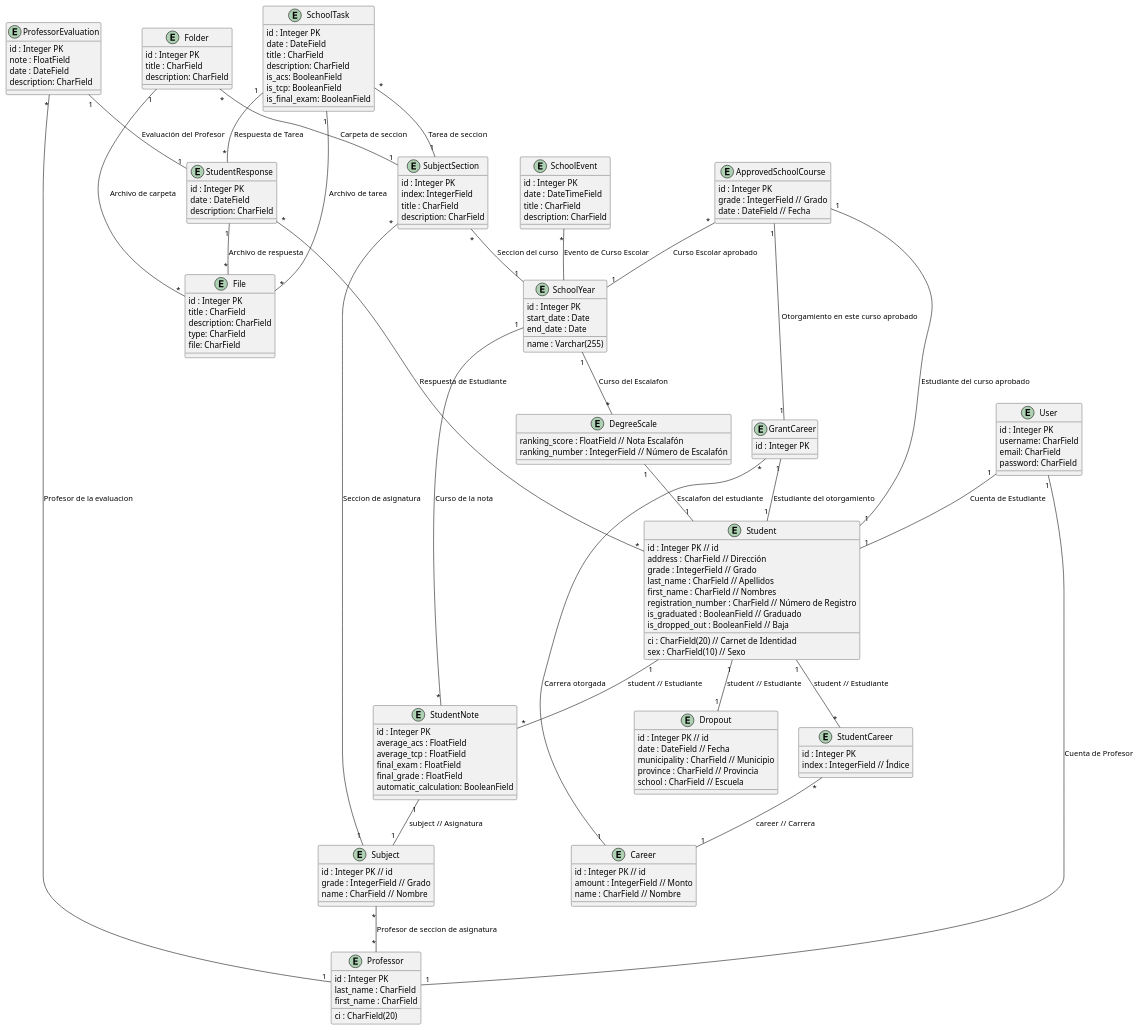
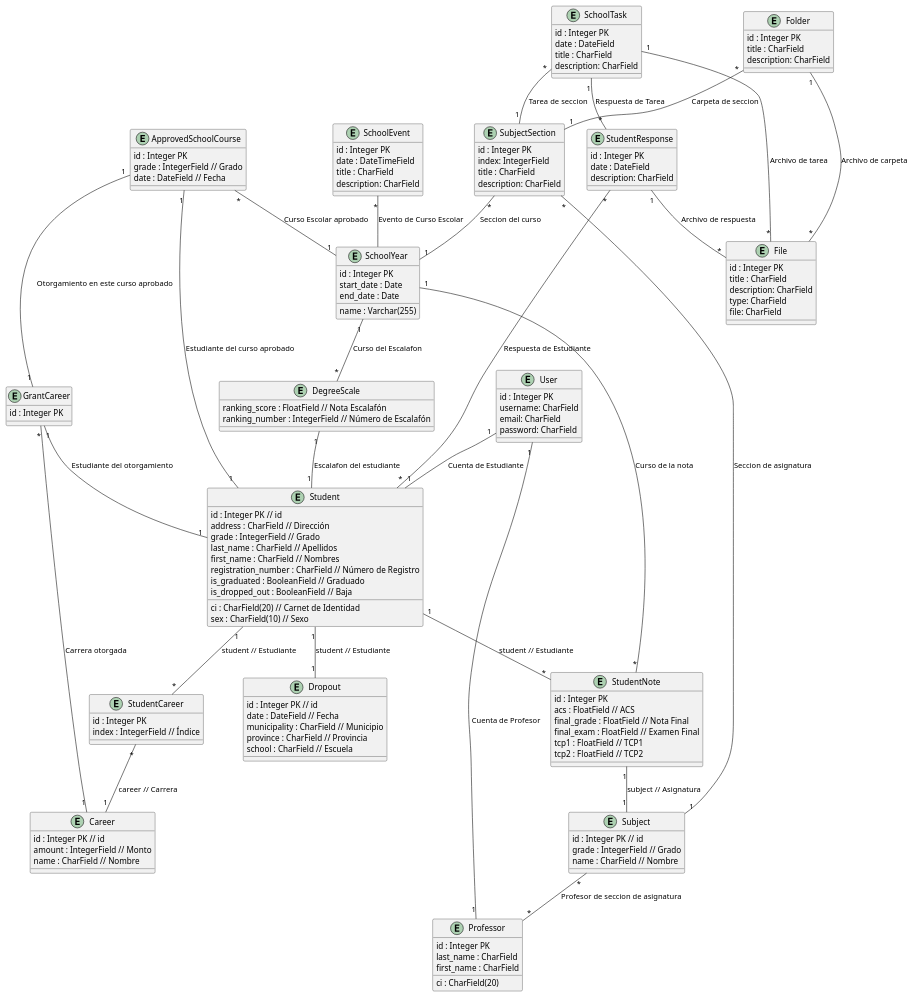
Before and after one commit to critBus/notas_estudiantes_back_drf: the diagram in docs/diagrams/src/architecture_overview.wsd, drawn with PlantUML. The commit also changed 6 other files, not shown here.

```diff
--- a/docs/diagrams/src/architecture_overview.wsd
+++ b/docs/diagrams/src/architecture_overview.wsd
@@ -1,182 +1,173 @@
 @startuml
 
 entity Student {
     id : Integer PK // id
     ci : CharField(20) // Carnet de Identidad
     address : CharField // Dirección
     grade : IntegerField // Grado
     last_name : CharField // Apellidos
     first_name : CharField // Nombres
     registration_number : CharField // Número de Registro
     sex : CharField(10) // Sexo
     is_graduated : BooleanField // Graduado
     is_dropped_out : BooleanField // Baja
 }
 
 entity Dropout {
     id : Integer PK // id
     date : DateField // Fecha
     municipality : CharField // Municipio
     province : CharField // Provincia
     school : CharField // Escuela
 }
 
 entity Career {
     id : Integer PK // id
     amount : IntegerField // Monto
     name : CharField // Nombre
 }
 
 
 entity Subject {
     id : Integer PK // id
     grade : IntegerField // Grado
     name : CharField // Nombre
 }
 
 entity SchoolYear {
     id : Integer PK
     start_date : Date
     end_date : Date
     name : Varchar(255)
 }
 
+
 entity StudentNote {
     id : Integer PK
-    average_acs : FloatField
-    average_tcp : FloatField
-    final_exam : FloatField
-    final_grade : FloatField
-    automatic_calculation: BooleanField
+    acs : FloatField // ACS
+    final_grade : FloatField // Nota Final
+    final_exam : FloatField // Examen Final
+    tcp1 : FloatField // TCP1
+    tcp2 : FloatField // TCP2
 }
 
 
 
 entity StudentCareer {
     id : Integer PK
     index : IntegerField // Índice
 }
 
 entity DegreeScale {
     ranking_score : FloatField // Nota Escalafón
     ranking_number : IntegerField // Número de Escalafón
 }
 entity GrantCareer{
     id : Integer PK
 }
 
 entity ApprovedSchoolCourse{
     id : Integer PK
     grade : IntegerField // Grado
     date : DateField // Fecha
 }
 
 entity SubjectSection{
     id : Integer PK
     index: IntegerField
     title : CharField
     description: CharField
 }
 entity Folder{
     id : Integer PK
     title : CharField
     description: CharField
 }
 entity File{
     id : Integer PK
     title : CharField
     description: CharField
     type: CharField
     file: CharField
 }
 entity Professor {
     id : Integer PK
     ci : CharField(20)
     last_name : CharField
     first_name : CharField
 }
 
 entity SchoolTask{
     id : Integer PK
     date : DateField
     title : CharField
     description: CharField
-    is_acs: BooleanField
-    is_tcp: BooleanField
-    is_final_exam: BooleanField
-
 }
 entity StudentResponse{
     id : Integer PK
     date : DateField
     description: CharField
 }
 
-entity ProfessorEvaluation{
-    id : Integer PK
-    note : FloatField
-    date : DateField
-    description: CharField
-}
+
 
 entity SchoolEvent {
     id : Integer PK
     date : DateTimeField
     title : CharField
     description: CharField
 }
 
 entity User{
     id : Integer PK
     username: CharField
     email: CharField
     password: CharField
 }
 
 User "1" -- "1" Professor : Cuenta de Profesor
 User "1" -- "1" Student : Cuenta de Estudiante
 
 
-ProfessorEvaluation "1" -- "1" StudentResponse : Evaluación del Profesor  
-ProfessorEvaluation "*" -- "1" Professor : Profesor de la evaluacion
+
 
 SchoolEvent "*" -- SchoolYear : Evento de Curso Escolar
 
 SubjectSection "*" -- "1" SchoolYear : Seccion del curso
 SubjectSection "*" -- "1" Subject : Seccion de asignatura
 SchoolTask "*" -- "1" SubjectSection : Tarea de seccion
 
 Folder "*" -- "1" SubjectSection : Carpeta de seccion
 Folder "1" -- "*" File : Archivo de carpeta
 
 SchoolTask "1" -- "*" File : Archivo de tarea
 SchoolTask "1" -- "*" StudentResponse : Respuesta de Tarea
 
 StudentResponse "1" -- "*" File : Archivo de respuesta
 StudentResponse "*" -- "*" Student : Respuesta de Estudiante
 
 Subject "*" -- "*" Professor : Profesor de seccion de asignatura
 
 ApprovedSchoolCourse "1" -- "1" Student : Estudiante del curso aprobado
 ApprovedSchoolCourse "*" -- "1" SchoolYear : Curso Escolar aprobado
 ApprovedSchoolCourse "1" -- "1" GrantCareer : Otorgamiento en este curso aprobado
 
 GrantCareer "1" -- "1" Student : Estudiante del otorgamiento
 GrantCareer "*" -- "1" Career : Carrera otorgada
 
 
 SchoolYear "1" -- "*" DegreeScale :  Curso del Escalafon
 SchoolYear "1" -- "*" StudentNote : Curso de la nota
 
 DegreeScale "1" -- "1" Student : Escalafon del estudiante
 
 Student "1" -- "1" Dropout : student // Estudiante
 Student "1" -- "*" StudentNote : student // Estudiante
 Student "1" -- "*" StudentCareer : student // Estudiante
 
 
 
 StudentNote "1" -- "1" Subject : subject // Asignatura
 StudentCareer "*" -- "1" Career : career // Carrera
 
 @enduml
```
